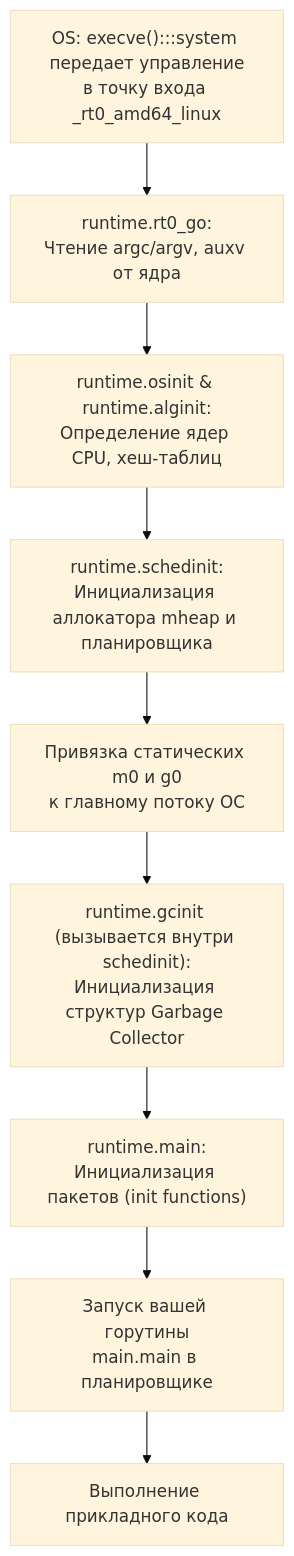
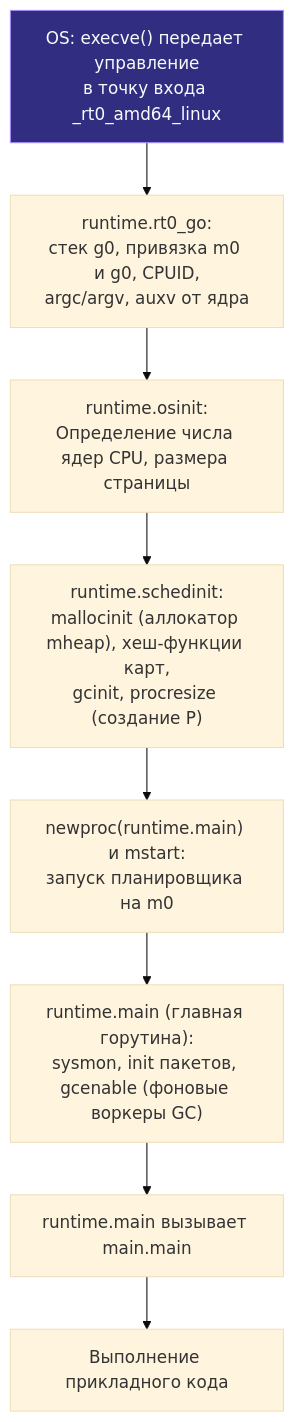
The first of 2 diagrams in sources/1. Архитектура компьютера/1. Обзор. Путь программы от go run main.go до движения электронов.md (UnrealTemplier/go-textbook-ru), drawn with Mermaid (base theme) before and after one commit. The commit also changed other lines of this file and 77 other files, not shown here.

````diff
--- a/sources/1. Архитектура компьютера/1. Обзор. Путь программы от go run main.go до движения электронов.md
+++ b/sources/1. Архитектура компьютера/1. Обзор. Путь программы от go run main.go до движения электронов.md
@@ -71,21 +71,20 @@
 ```mermaid
 flowchart TD
     classDef process  fill:#1e293b,stroke:#38bdf8,stroke-width:1px,color:#f8fafc
     classDef success  fill:#064e3b,stroke:#34d399,stroke-width:1px,color:#f8fafc
     classDef error    fill:#7f1d1d,stroke:#f87171,stroke-width:1px,color:#f8fafc
     classDef warning  fill:#78350f,stroke:#fbbf24,stroke-width:1px,color:#f8fafc
     classDef entry    fill:#1e3a5f,stroke:#38bdf8,stroke-width:2px,color:#f8fafc
     classDef aux      fill:#334155,stroke:#64748b,stroke-width:1px,color:#f8fafc
     classDef system   fill:#312e81,stroke:#a78bfa,stroke-width:1px,color:#f8fafc
     classDef data     fill:#132d29,stroke:#2dd4bf,stroke-width:1px,color:#f8fafc
     classDef network  fill:#881337,stroke:#fb7185,stroke-width:1px,color:#f8fafc
     classDef accent   fill:#1e1b4b,stroke:#818cf8,stroke-width:1px,color:#f8fafc
-    A["OS: execve():::system передает управление<br>в точку входа _rt0_amd64_linux"] --> B["runtime.rt0_go:<br>Чтение argc/argv, auxv от ядра"]
-    B --> C["runtime.osinit & runtime.alginit:<br>Определение ядер CPU, хеш-таблиц"]
-    C --> D["runtime.schedinit:<br>Инициализация аллокатора mheap и планировщика"]
-    D --> E["Привязка статических m0 и g0<br>к главному потоку ОС"]
-    E --> F["runtime.gcinit (вызывается внутри schedinit):<br>Инициализация структур Garbage Collector"]
-    F --> G["runtime.main:<br>Инициализация пакетов (init functions)"]
-    G --> H["Запуск вашей горутины<br>main.main в планировщике"]
+    A["OS: execve() передает управление<br>в точку входа _rt0_amd64_linux"]:::system --> B["runtime.rt0_go:<br>стек g0, привязка m0 и g0, CPUID,<br>argc/argv, auxv от ядра"]
+    B --> C["runtime.osinit:<br>Определение числа ядер CPU, размера страницы"]
+    C --> D["runtime.schedinit:<br>mallocinit (аллокатор mheap), хеш-функции карт,<br>gcinit, procresize (создание P)"]
+    D --> E["newproc(runtime.main) и mstart:<br>запуск планировщика на m0"]
+    E --> F["runtime.main (главная горутина):<br>sysmon, init пакетов, gcenable (фоновые воркеры GC)"]
+    F --> H["runtime.main вызывает main.main"]
     H --> I["Выполнение прикладного кода"]
 ```
````
